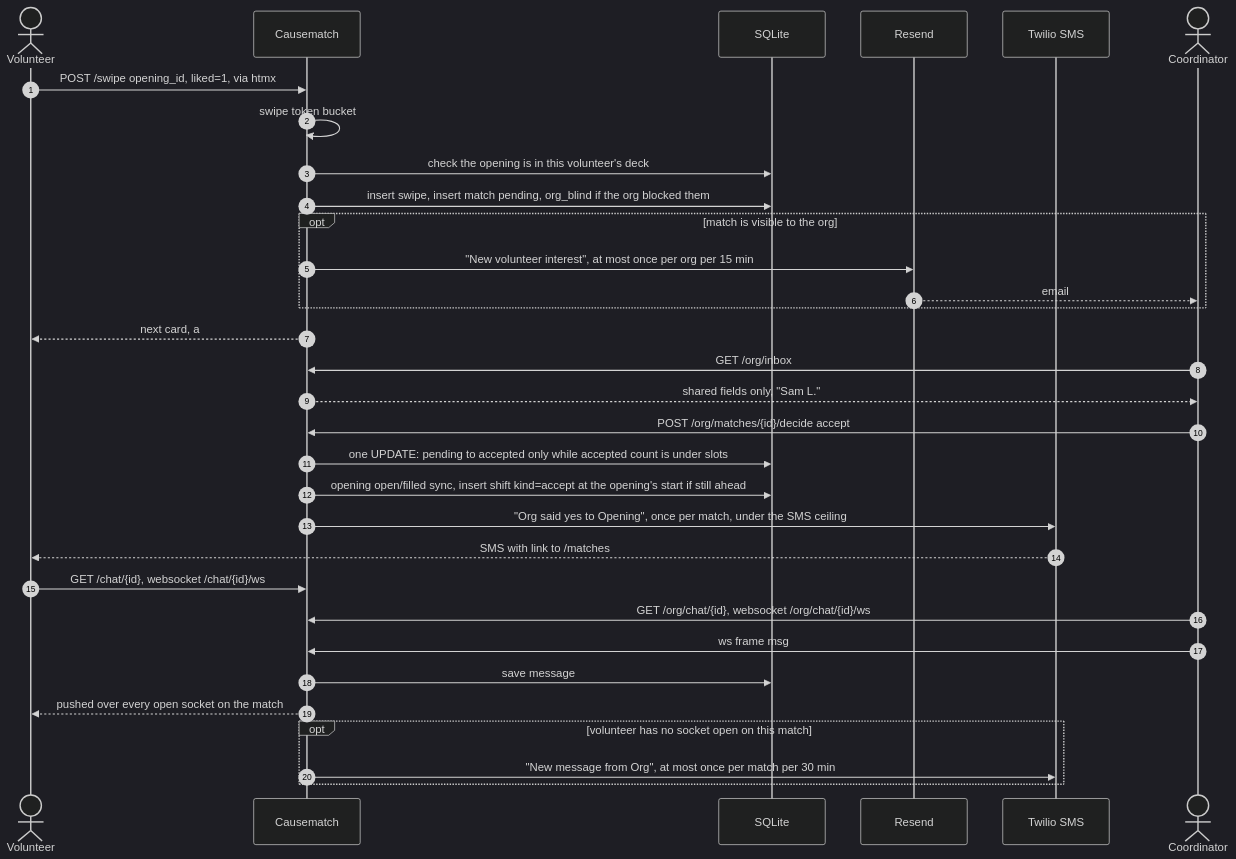
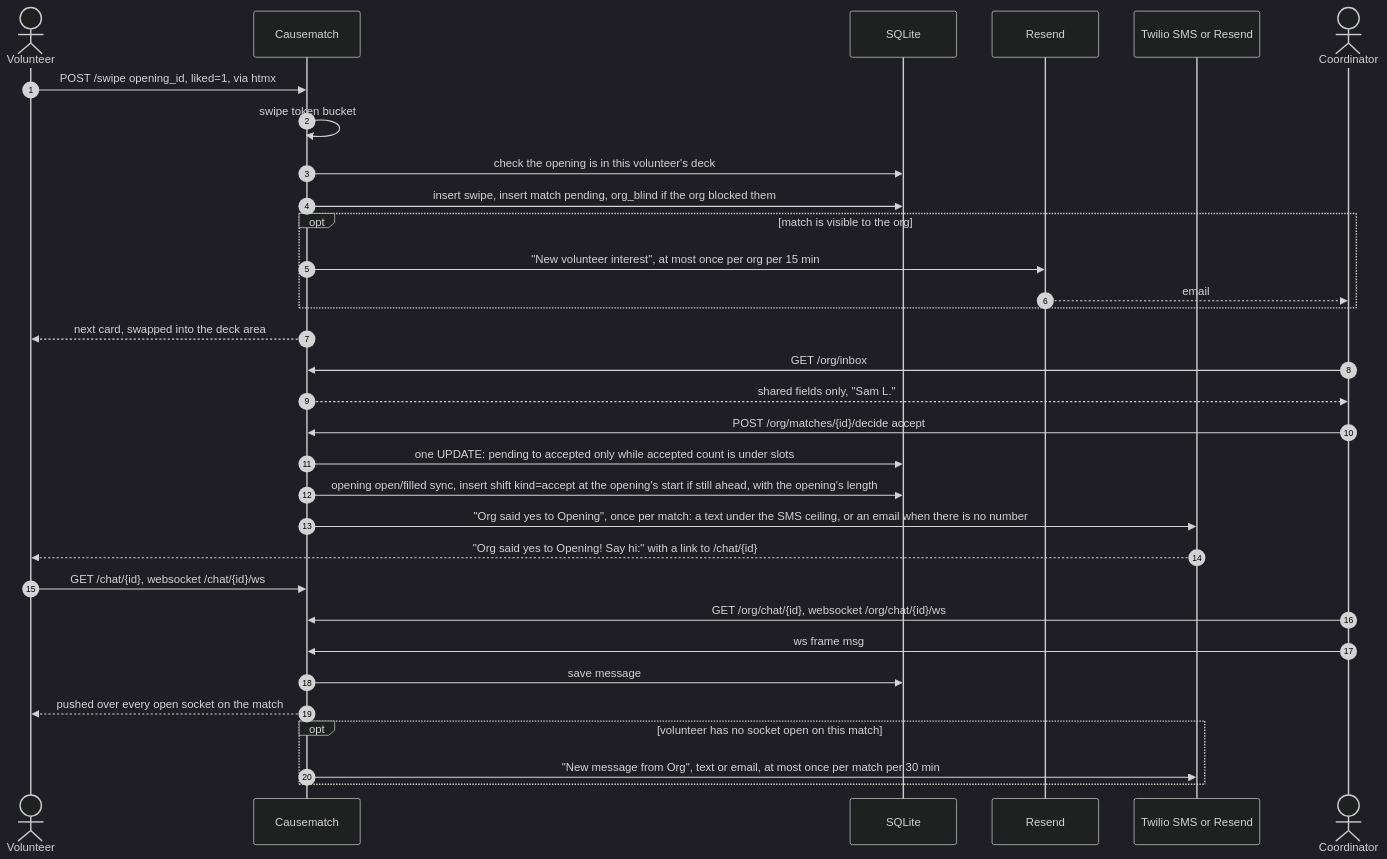
Diagram 18 of 25 in docs/ARCHITECTURE.md (slegroux/causematch), drawn with Mermaid (dark theme) before and after one commit. The commit also changed other lines of this file, not shown here.

First line of the commit message:
Architecture doc: a C4 tour on top, the reference below, up to date with main

````diff
--- a/docs/ARCHITECTURE.md
+++ b/docs/ARCHITECTURE.md
@@ -595,35 +988,35 @@
 ```mermaid
 sequenceDiagram
     autonumber
     actor V as Volunteer
     participant A as Causematch
     participant DB as SQLite
     participant R as Resend
-    participant T as Twilio SMS
+    participant T as Twilio SMS or Resend
     actor C as Coordinator
 
     V->>A: POST /swipe opening_id, liked=1, via htmx
     A->>A: swipe token bucket
     A->>DB: check the opening is in this volunteer's deck
     A->>DB: insert swipe, insert match pending, org_blind if the org blocked them
     opt match is visible to the org
         A->>R: "New volunteer interest", at most once per org per 15 min
         R-->>C: email
     end
-    A-->>V: next card, a #deck-area swap
+    A-->>V: next card, swapped into the deck area
     C->>A: GET /org/inbox
     A-->>C: shared fields only, "Sam L."
     C->>A: POST /org/matches/{id}/decide accept
     A->>DB: one UPDATE: pending to accepted only while accepted count is under slots
-    A->>DB: opening open/filled sync, insert shift kind=accept at the opening's start if still ahead
-    A->>T: "Org said yes to Opening", once per match, under the SMS ceiling
-    T-->>V: SMS with link to /matches
+    A->>DB: opening open/filled sync, insert shift kind=accept at the opening's start if still ahead, with the opening's length
+    A->>T: "Org said yes to Opening", once per match: a text under the SMS ceiling, or an email when there is no number
+    T-->>V: "Org said yes to Opening! Say hi:" with a link to /chat/{id}
     V->>A: GET /chat/{id}, websocket /chat/{id}/ws
     C->>A: GET /org/chat/{id}, websocket /org/chat/{id}/ws
     C->>A: ws frame msg
     A->>DB: save message
     A-->>V: pushed over every open socket on the match
     opt volunteer has no socket open on this match
-        A->>T: "New message from Org", at most once per match per 30 min
+        A->>T: "New message from Org", text or email, at most once per match per 30 min
     end
 ```
````
